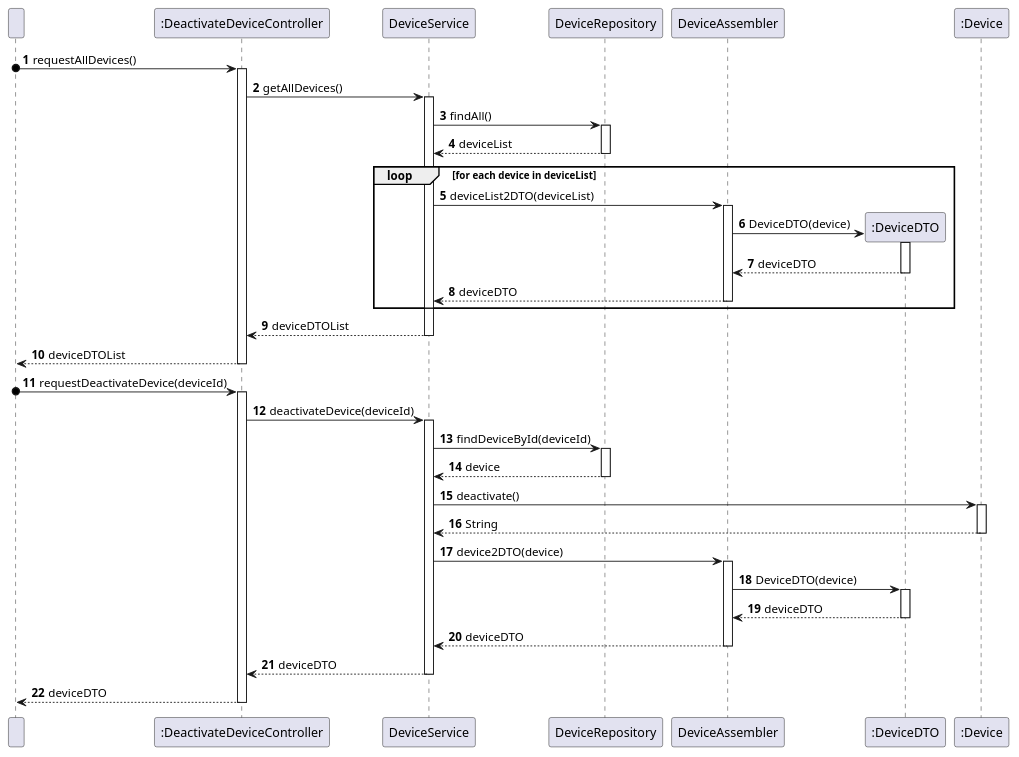
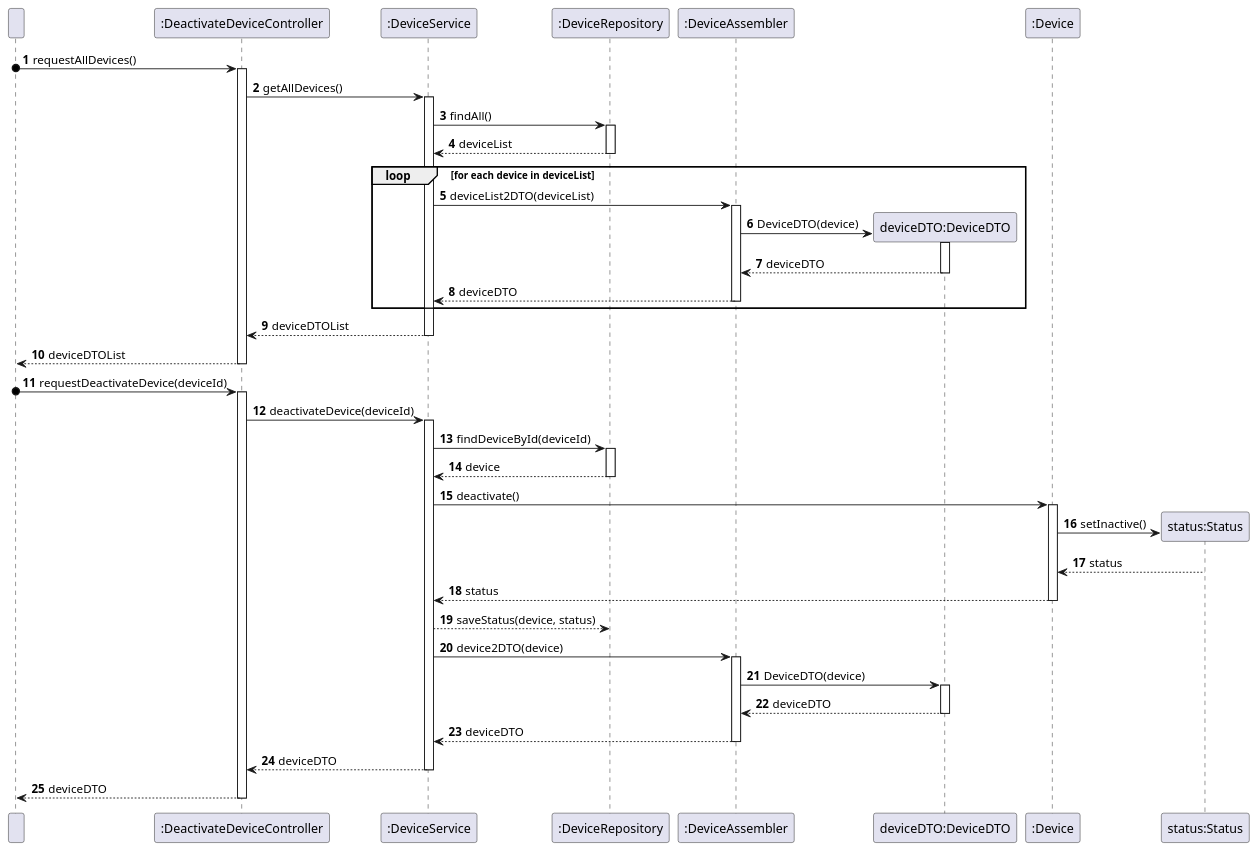
Before and after one commit to olivDiogo/SmartHome: the diagram in docs/ood/sequenceDiagram/US08DeactivateDevice.puml, drawn with PlantUML.

Commit message:
Update: change US08 Class names, addresses #110

```diff
--- a/docs/ood/sequenceDiagram/US08DeactivateDevice.puml
+++ b/docs/ood/sequenceDiagram/US08DeactivateDevice.puml
@@ -1,68 +1,74 @@
 @startuml
 'https://plantuml.com/sequence-diagram
 
 autonumber
 
     participant " " as User
     participant ":DeactivateDeviceController" as Controller
-    participant DeviceService as Service
-    participant DeviceRepository as Repository
-    participant DeviceAssembler as Assembler
-    participant ":DeviceDTO" as DTO
+    participant ":DeviceService" as Service
+    participant ":DeviceRepository" as Repository
+    participant ":DeviceAssembler" as Assembler
+    participant "deviceDTO:DeviceDTO" as DTO
     participant ":Device" as Device
+    participant "status:Status" as Status
 
 ' Request all devices
 
     User o-> Controller: requestAllDevices()
     activate Controller
     Controller -> Service: getAllDevices()
     activate Service
     Service -> Repository: findAll()
     activate Repository
     Repository --> Service: deviceList
     deactivate Repository
 
     loop for each device in deviceList
         Service -> Assembler: deviceList2DTO(deviceList)
         activate Assembler
         create DTO
         Assembler -> DTO: DeviceDTO(device)
         activate DTO
         DTO --> Assembler: deviceDTO
         deactivate DTO
         Assembler --> Service: deviceDTO
         deactivate Assembler
     end
     Service --> Controller: deviceDTOList
     deactivate Service
     Controller --> User: deviceDTOList
     deactivate Controller
 
 ' Deactivate device
 
     User o-> Controller: requestDeactivateDevice(deviceId)
     activate Controller
     Controller -> Service: deactivateDevice(deviceId)
     activate Service
     Service -> Repository: findDeviceById(deviceId)
     activate Repository
     Repository --> Service: device
     deactivate Repository
     Service -> Device: deactivate()
     activate Device
-    Device --> Service: String
+    create Status
+    Device -> Status: setInactive()
+    Status --> Device: status
+    Device --> Service: status
     deactivate Device
+    Service --> Repository: saveStatus(device, status)
+
     Service -> Assembler: device2DTO(device)
     activate Assembler
     Assembler -> DTO: DeviceDTO(device)
     activate DTO
     DTO --> Assembler: deviceDTO
     deactivate DTO
     Assembler --> Service: deviceDTO
     deactivate Assembler
     Service --> Controller: deviceDTO
     deactivate Service
     Controller --> User: deviceDTO
     deactivate Controller
 
 @enduml
```
